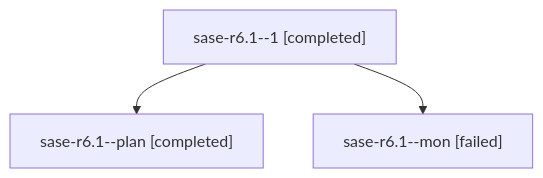
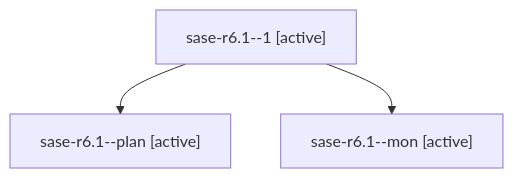
One commit to sase-org/sase--agents changed the diagram in families/bbugyi200.athena.sase-r6.1.md. Above: the diagram before and after it, drawn with Mermaid. The commit also changed other lines of this file and 35830 other files, not shown here.

````diff
--- a/families/bbugyi200.athena.sase-r6.1.md
+++ b/families/bbugyi200.athena.sase-r6.1.md
@@ -9,8 +9,8 @@
 ```mermaid
 flowchart TD
-  n0["sase-r6.1--1 [completed]"]
-  n1["sase-r6.1--plan [completed]"]
+  n0["sase-r6.1--1 [active]"]
+  n1["sase-r6.1--plan [active]"]
   n0 --> n1
-  n2["sase-r6.1--mon [failed]"]
+  n2["sase-r6.1--mon [active]"]
   n0 --> n2
 ```
````
